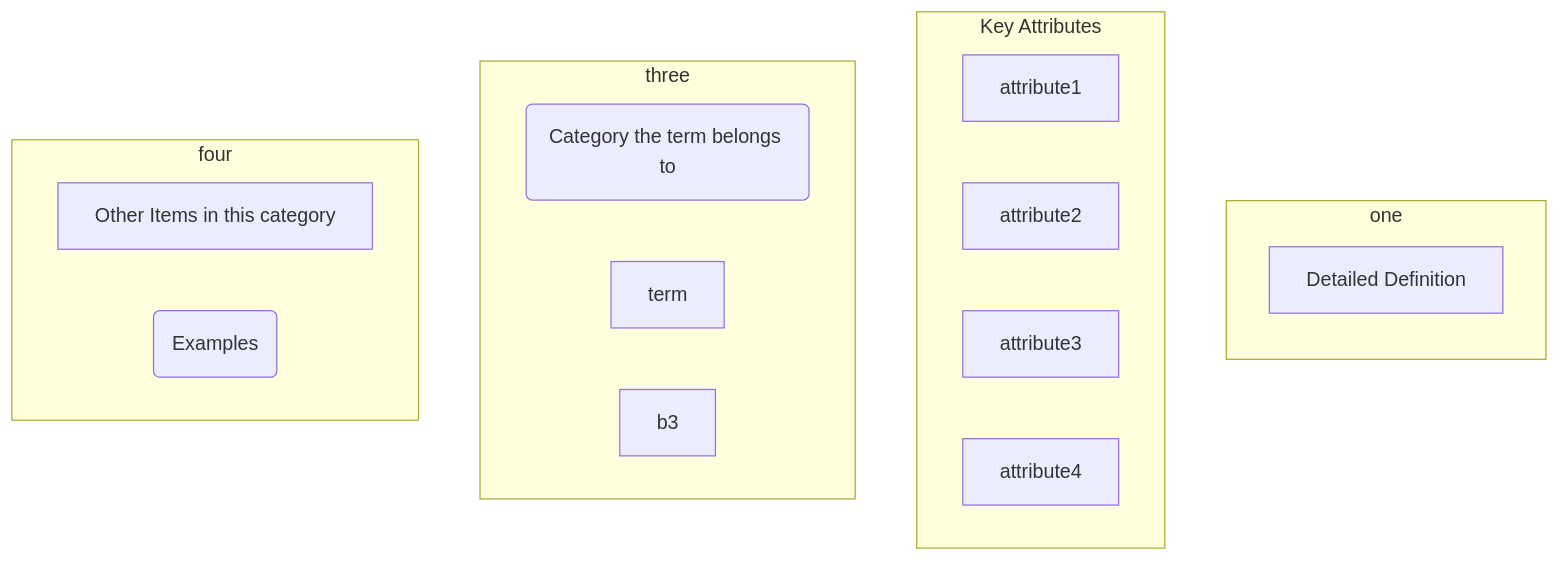
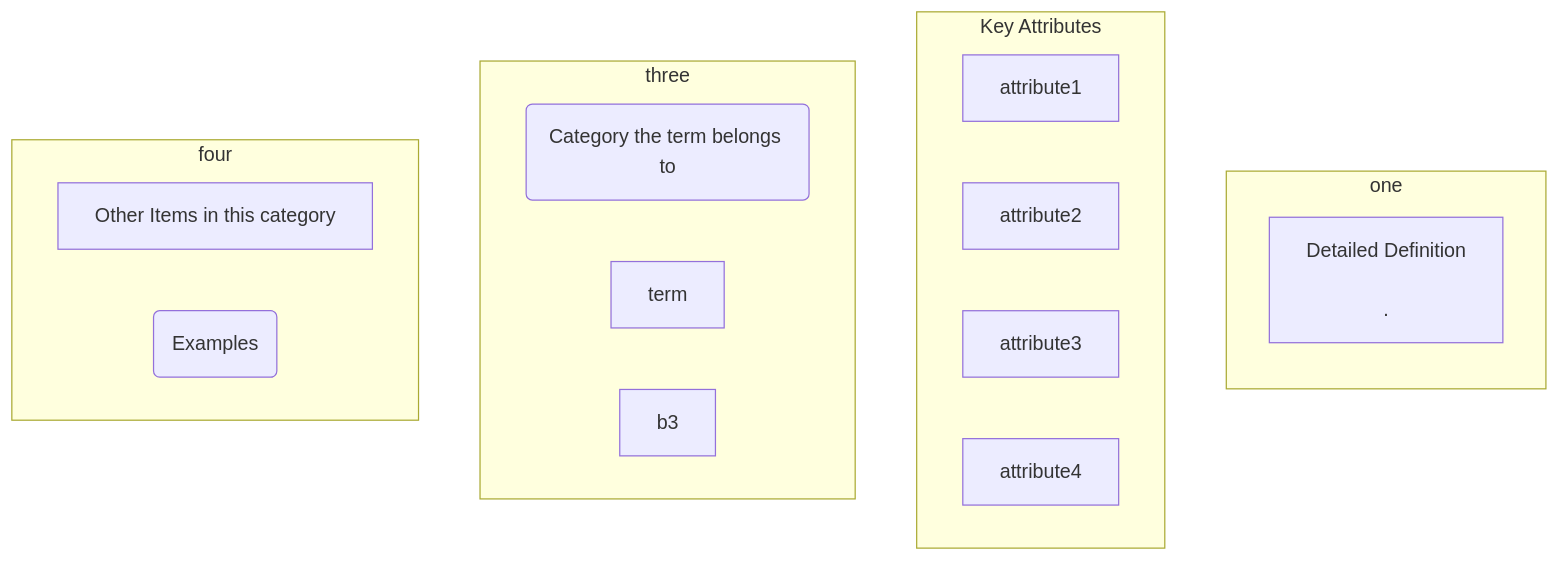
The diagram in slides.md (gerbssusd/dok), drawn with Mermaid before and after one commit.

````diff
--- a/slides.md
+++ b/slides.md
@@ -217,32 +217,32 @@
 ```mermaid
 flowchart TB
     subgraph one 
      direction TB
     a1[Detailed Definition
 
-]
+.]
      end
     subgraph Key Attributes
      d1[attribute1]
      d2[attribute2]
      d3[attribute3]
      d4[attribute4]
      end
     subgraph three
       direction LR
         b1(Category the term belongs to)
         b2[term]
         b3 
         end
     subgraph four
       direction LR
     c1[Other Items in this category] 
     c2(Examples)
     end
 
 
 
 
 
 
 ```
````
